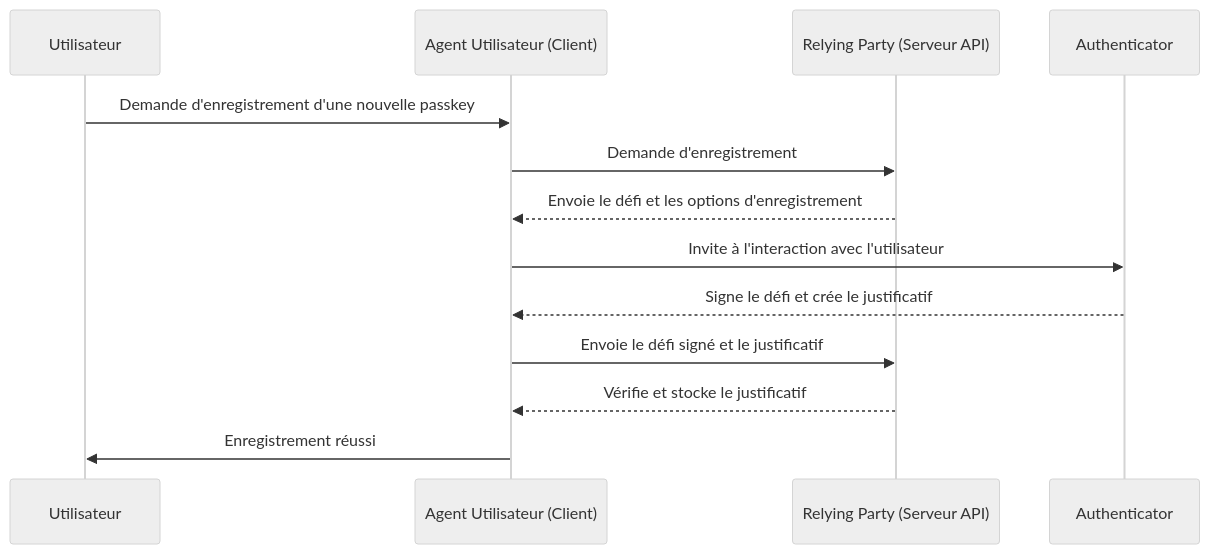
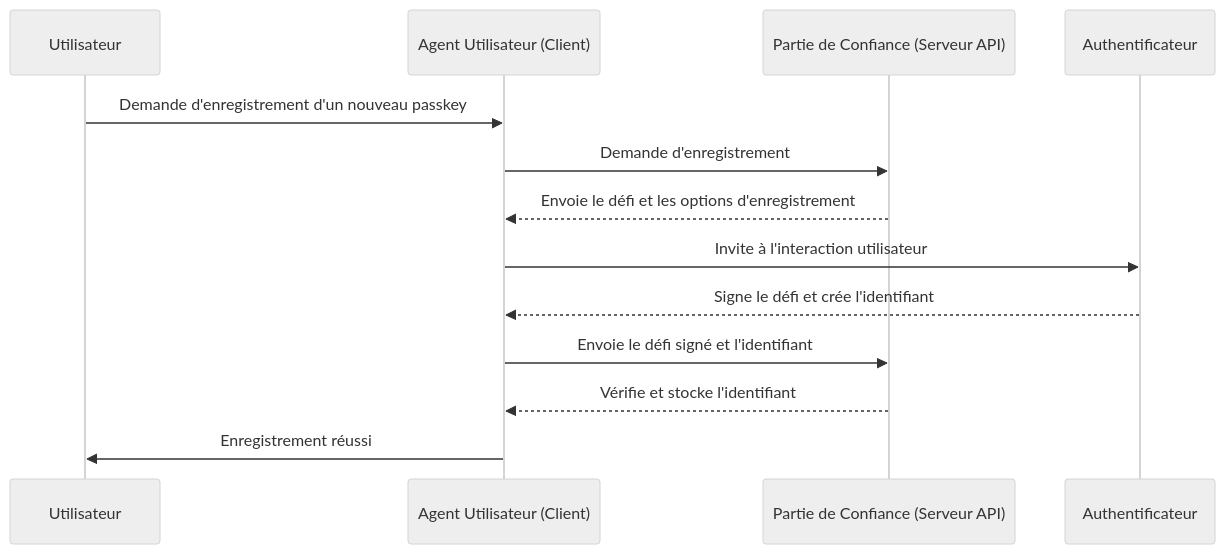
The first of 2 diagrams in src/content/terms/fr/webauthn.mdx (logto-io/auth-wiki), drawn with Mermaid (neutral theme) before and after one commit. The commit also changed other lines of this file and 98 other files, not shown here.

````diff
--- a/src/content/terms/fr/webauthn.mdx
+++ b/src/content/terms/fr/webauthn.mdx
@@ -39,16 +47,16 @@
 ```mermaid
 sequenceDiagram
 	participant Utilisateur
 	participant Agent Utilisateur (Client)
-	participant Relying Party (Serveur API) 
-	participant Authenticator
+	participant Partie de Confiance (Serveur API) 
+	participant Authentificateur
 
-	Utilisateur ->> Agent Utilisateur (Client): Demande d'enregistrement d'une nouvelle passkey
-	Agent Utilisateur (Client) ->> Relying Party (Serveur API): Demande d'enregistrement
-	Relying Party (Serveur API) -->> Agent Utilisateur (Client): Envoie le défi et les options d'enregistrement
-	Agent Utilisateur (Client) ->> Authenticator: Invite à l'interaction avec l'utilisateur
-	Authenticator -->> Agent Utilisateur (Client): Signe le défi et crée le justificatif
-	Agent Utilisateur (Client) ->> Relying Party (Serveur API): Envoie le défi signé et le justificatif
-	Relying Party (Serveur API) -->> Agent Utilisateur (Client): Vérifie et stocke le justificatif
+	Utilisateur ->> Agent Utilisateur (Client): Demande d'enregistrement d'un nouveau passkey
+	Agent Utilisateur (Client) ->> Partie de Confiance (Serveur API): Demande d'enregistrement
+	Partie de Confiance (Serveur API) -->> Agent Utilisateur (Client): Envoie le défi et les options d'enregistrement
+	Agent Utilisateur (Client) ->> Authentificateur: Invite à l'interaction utilisateur
+	Authentificateur -->> Agent Utilisateur (Client): Signe le défi et crée l'identifiant
+	Agent Utilisateur (Client) ->> Partie de Confiance (Serveur API): Envoie le défi signé et l'identifiant
+	Partie de Confiance (Serveur API) -->> Agent Utilisateur (Client): Vérifie et stocke l'identifiant
 	Agent Utilisateur (Client) ->> Utilisateur: Enregistrement réussi
 ```
````
